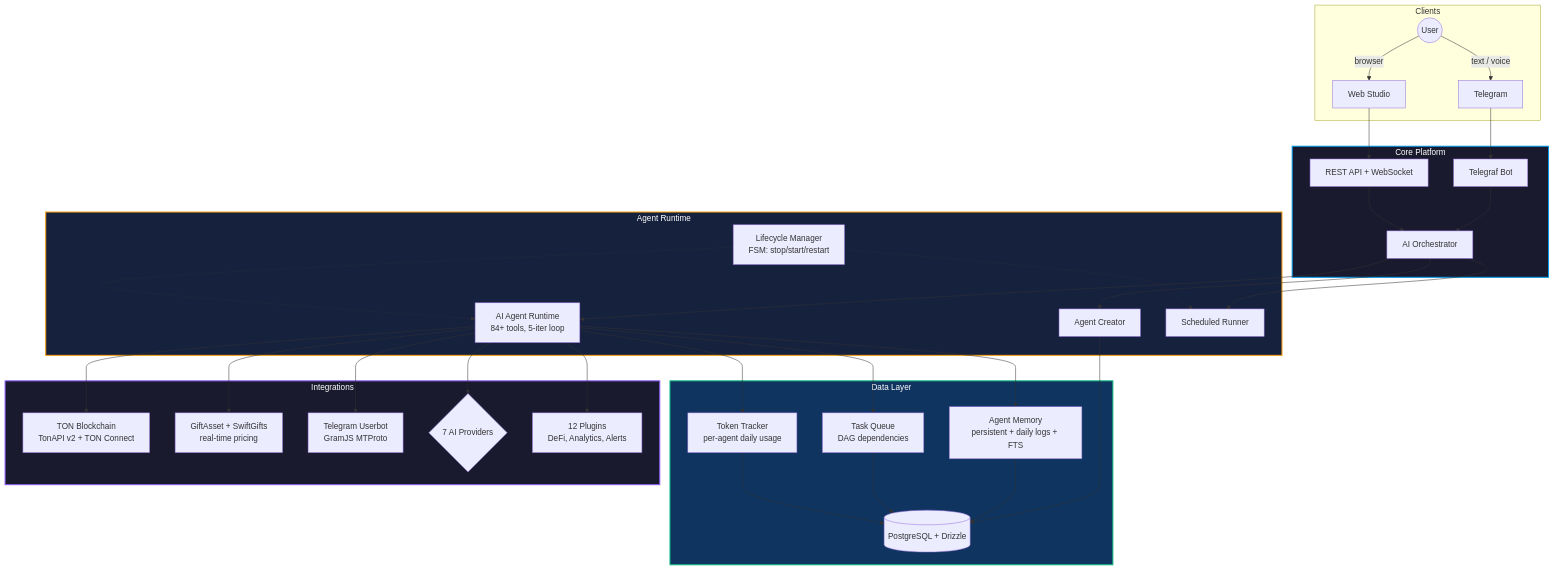
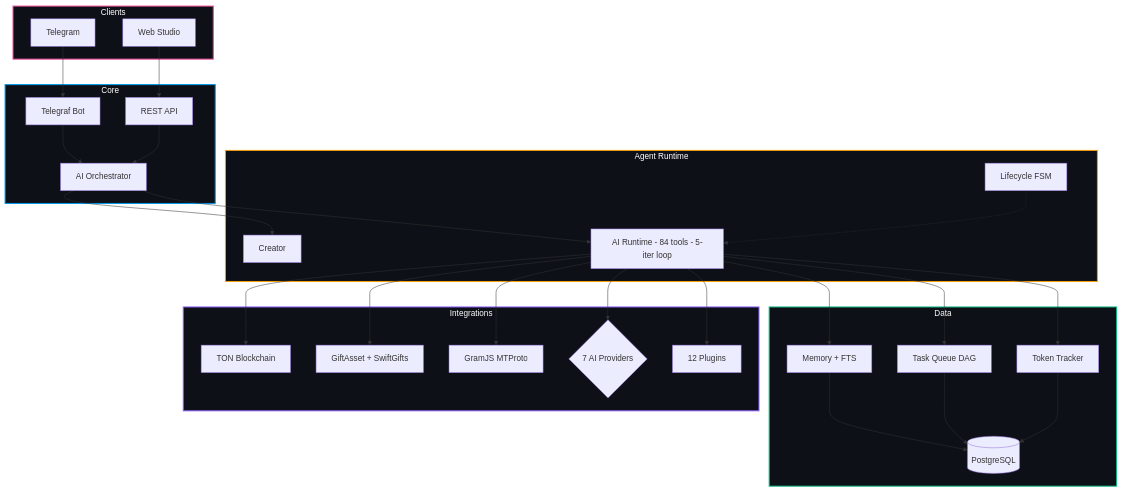
One commit to uheartattack/TonAgentPlatform changed the diagram in README.md. Above: the diagram before and after it, drawn with Mermaid. The commit also changed other lines of this file, not shown here.

````diff
--- a/README.md
+++ b/README.md
@@ -89,52 +112,47 @@
 ```mermaid
 graph TB
-    subgraph Clients
-        User((User))
+    subgraph Clients["Clients"]
         TG[Telegram]
         Web[Web Studio]
     end
 
-    subgraph Core["Core Platform"]
+    subgraph Core["Core"]
         Bot[Telegraf Bot]
-        API[REST API + WebSocket]
+        API[REST API]
         Orch[AI Orchestrator]
     end
 
-    subgraph Agents["Agent Runtime"]
-        Creator[Agent Creator]
-        Runtime[AI Agent Runtime<br/>84+ tools, 5-iter loop]
-        Runner[Scheduled Runner]
-        Lifecycle[Lifecycle Manager<br/>FSM: stop/start/restart]
+    subgraph Runtime["Agent Runtime"]
+        Creator[Creator]
+        AIRuntime[AI Runtime - 84 tools - 5-iter loop]
+        Lifecycle[Lifecycle FSM]
     end
 
-    subgraph Data["Data Layer"]
-        DB[(PostgreSQL + Drizzle)]
-        Memory[Agent Memory<br/>persistent + daily logs + FTS]
-        Tasks[Task Queue<br/>DAG dependencies]
-        Tokens[Token Tracker<br/>per-agent daily usage]
+    subgraph Data["Data"]
+        DB[(PostgreSQL)]
+        Memory[Memory + FTS]
+        Tasks[Task Queue DAG]
+        Tokens[Token Tracker]
     end
 
-    subgraph Integrations
-        TON[TON Blockchain<br/>TonAPI v2 + TON Connect]
-        Gifts[GiftAsset + SwiftGifts<br/>real-time pricing]
-        Userbot[Telegram Userbot<br/>GramJS MTProto]
+    subgraph Integrations["Integrations"]
+        TON[TON Blockchain]
+        Gifts[GiftAsset + SwiftGifts]
+        Userbot[GramJS MTProto]
         AI{7 AI Providers}
-        Plugins[12 Plugins<br/>DeFi, Analytics, Alerts]
+        Plugins[12 Plugins]
     end
 
-    User -->|text / voice| TG --> Bot
-    User -->|browser| Web --> API
-    Bot --> Orch
-    API --> Orch
-    Orch --> Creator & Runtime & Runner
-    Runtime --> TON & Gifts & Userbot & AI & Plugins
-    Creator --> DB
-    Runtime --> Memory & Tasks & Tokens
-    Lifecycle -.-> Runtime & Runner
-    Memory & Tasks & Tokens --> DB
+    TG --> Bot --> Orch
+    Web --> API --> Orch
+    Orch --> Creator & AIRuntime
+    AIRuntime --> TON & Gifts & Userbot & AI & Plugins
+    AIRuntime --> Memory & Tasks & Tokens --> DB
+    Lifecycle -.-> AIRuntime
 
-    style Core fill:#1a1a2e,stroke:#0098EA,stroke-width:2px,color:#fff
-    style Agents fill:#16213e,stroke:#f59e0b,stroke-width:2px,color:#fff
-    style Data fill:#0f3460,stroke:#10b981,stroke-width:2px,color:#fff
-    style Integrations fill:#1a1a2e,stroke:#8b5cf6,stroke-width:2px,color:#fff
+    style Core fill:#0d1117,stroke:#0098EA,stroke-width:2px,color:#fff
+    style Runtime fill:#0d1117,stroke:#f59e0b,stroke-width:2px,color:#fff
+    style Data fill:#0d1117,stroke:#10b981,stroke-width:2px,color:#fff
+    style Integrations fill:#0d1117,stroke:#8b5cf6,stroke-width:2px,color:#fff
+    style Clients fill:#0d1117,stroke:#ec4899,stroke-width:2px,color:#fff
 ```
````
